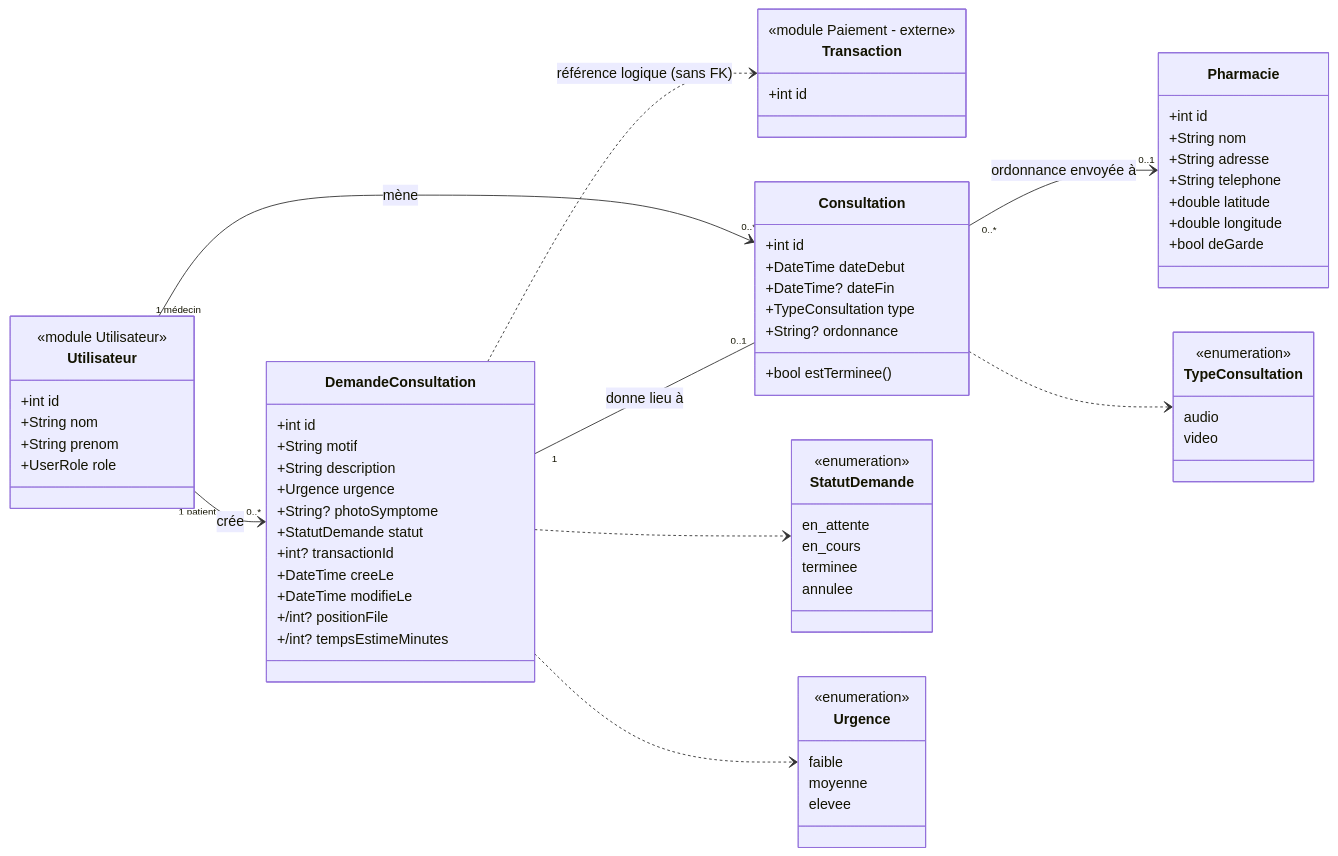
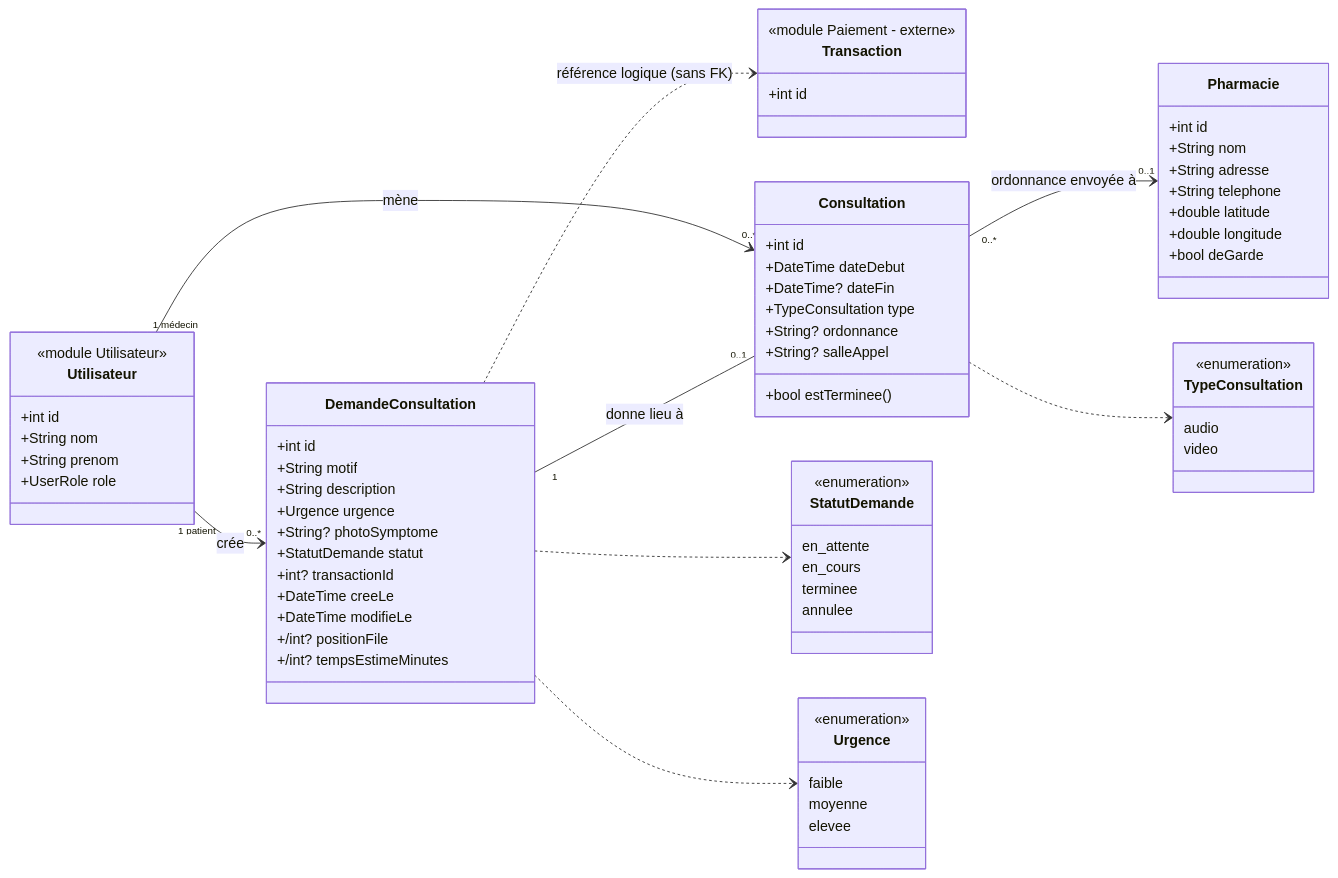
Before and after one commit to AmeniGuesmi-esprit/Projet-Mobile: the first of 5 diagrams in docs/teledoc/CONCEPTION.md, drawn with Mermaid. The commit also changed other lines of this file and 22 other files, not shown here.

First line of the commit message:
feat(teledoc): appel audio/vidéo via Jitsi Meet (salle secrète par consultation)

````diff
--- a/docs/teledoc/CONCEPTION.md
+++ b/docs/teledoc/CONCEPTION.md
@@ -48,75 +51,76 @@
 ```mermaid
 classDiagram
     direction LR
 
     class Utilisateur {
         <<module Utilisateur>>
         +int id
         +String nom
         +String prenom
         +UserRole role
     }
     class Transaction {
         <<module Paiement - externe>>
         +int id
     }
 
     class DemandeConsultation {
         +int id
         +String motif
         +String description
         +Urgence urgence
         +String? photoSymptome
         +StatutDemande statut
         +int? transactionId
         +DateTime creeLe
         +DateTime modifieLe
         +/int? positionFile
         +/int? tempsEstimeMinutes
     }
     class Consultation {
         +int id
         +DateTime dateDebut
         +DateTime? dateFin
         +TypeConsultation type
         +String? ordonnance
+        +String? salleAppel
         +bool estTerminee()
     }
     class Pharmacie {
         +int id
         +String nom
         +String adresse
         +String telephone
         +double latitude
         +double longitude
         +bool deGarde
     }
 
     class StatutDemande {
         <<enumeration>>
         en_attente
         en_cours
         terminee
         annulee
     }
     class Urgence {
         <<enumeration>>
         faible
         moyenne
         elevee
     }
     class TypeConsultation {
         <<enumeration>>
         audio
         video
     }
 
     Utilisateur "1 patient" --> "0..*" DemandeConsultation : crée
     DemandeConsultation ..> Transaction : référence logique (sans FK)
     DemandeConsultation "1" -- "0..1" Consultation : donne lieu à
     Utilisateur "1 médecin" --> "0..*" Consultation : mène
     Consultation "0..*" --> "0..1" Pharmacie : ordonnance envoyée à
     DemandeConsultation ..> StatutDemande
     DemandeConsultation ..> Urgence
     Consultation ..> TypeConsultation
 ```
````
